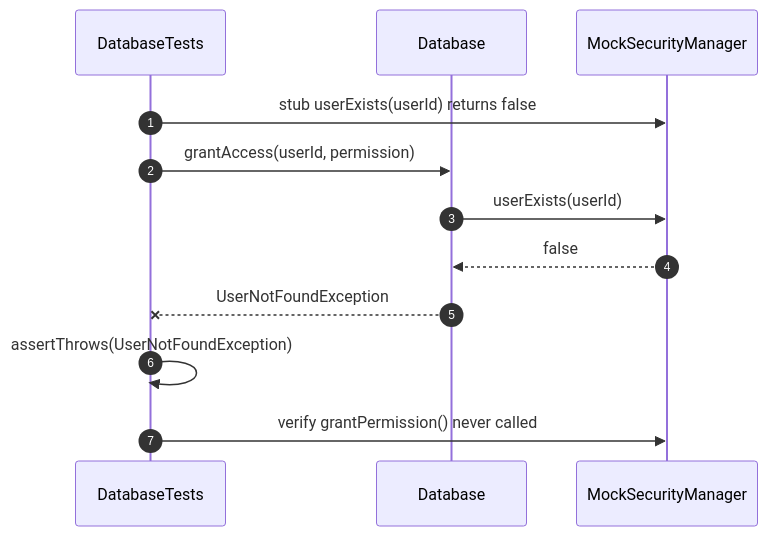
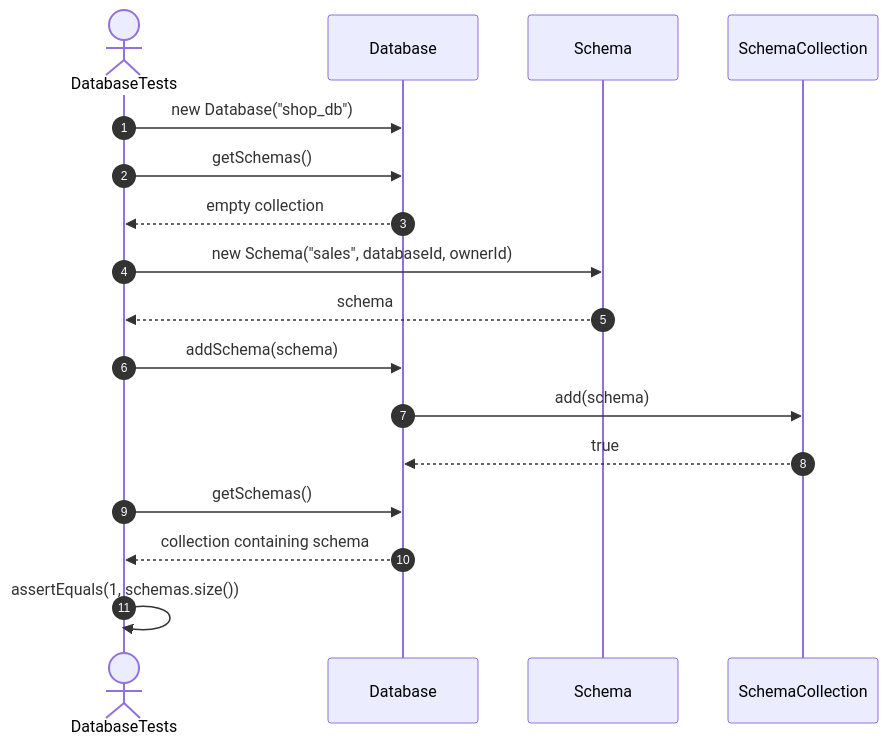
Before and after one commit to FhuAnn/-bbv-AN-s-DBMS: diagram 13 of 41 in src/tests/unit/database/sequences/database-testing.se.md, drawn with Mermaid. The commit also changed other lines of this file and 60 other files, not shown here.

````diff
--- a/src/tests/unit/database/sequences/database-testing.se.md
+++ b/src/tests/unit/database/sequences/database-testing.se.md
@@ -312,19 +341,26 @@
 ```mermaid
 sequenceDiagram
     autonumber
 
-    participant Test as DatabaseTests
-    participant Database
-    participant Security as MockSecurityManager
+    actor Test as DatabaseTests
+    participant DB as Database
+    participant S as Schema
+    participant SC as SchemaCollection
 
-    Test->>Security: stub userExists(userId) returns false
-    Test->>Database: grantAccess(userId, permission)
+    Test->>DB: new Database("shop_db")
 
-    Database->>Security: userExists(userId)
-    Security-->>Database: false
+    Test->>DB: getSchemas()
+    DB-->>Test: empty collection
 
-    Database--xTest: UserNotFoundException
+    Test->>S: new Schema("sales", databaseId, ownerId)
+    S-->>Test: schema
 
-    Test->>Test: assertThrows(UserNotFoundException)
-    Test->>Security: verify grantPermission() never called
+    Test->>DB: addSchema(schema)
+    DB->>SC: add(schema)
+    SC-->>DB: true
+
+    Test->>DB: getSchemas()
+    DB-->>Test: collection containing schema
+
+    Test->>Test: assertEquals(1, schemas.size())
 ```
````
